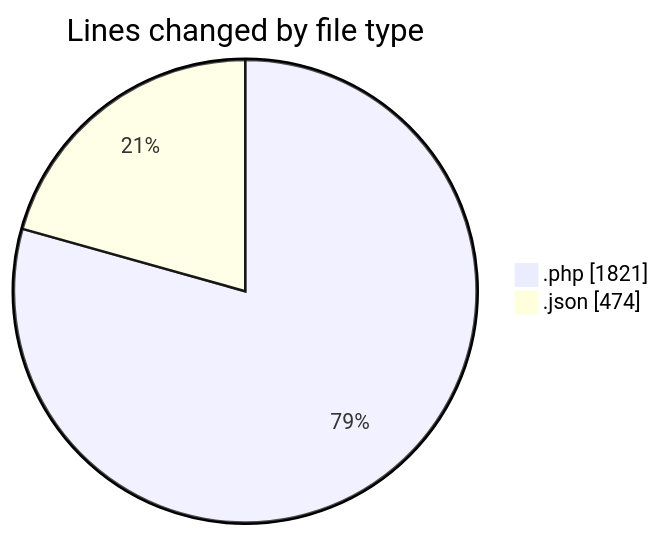
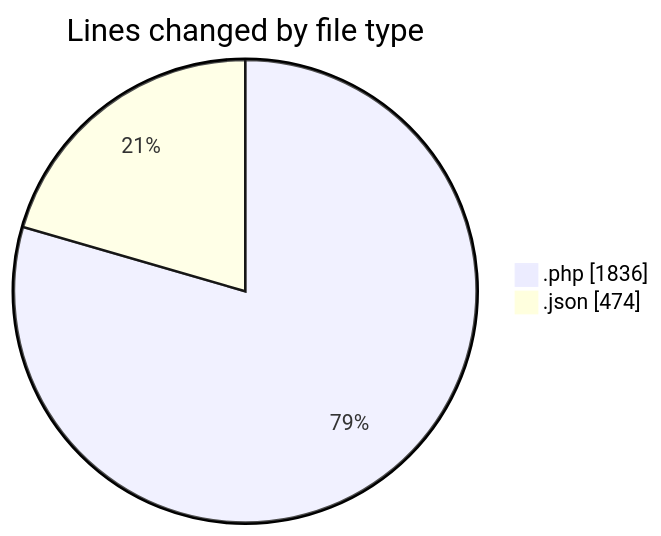
Before and after one commit to idhammustaqopulfikri/code-tracking: the first of 2 diagrams in 2025-06-22/studio-backend/README.md, drawn with Mermaid. The commit also changed other lines of this file and 1 other file, not shown here.

````diff
--- a/2025-06-22/studio-backend/README.md
+++ b/2025-06-22/studio-backend/README.md
@@ -28,6 +28,6 @@
 ```mermaid
 pie showData
 title Lines changed by file type
-".php" : 1821
+".php" : 1836
 ".json" : 474
 ```
````
